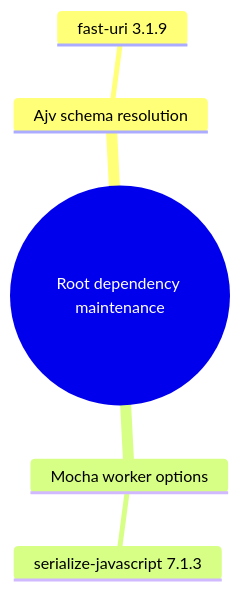
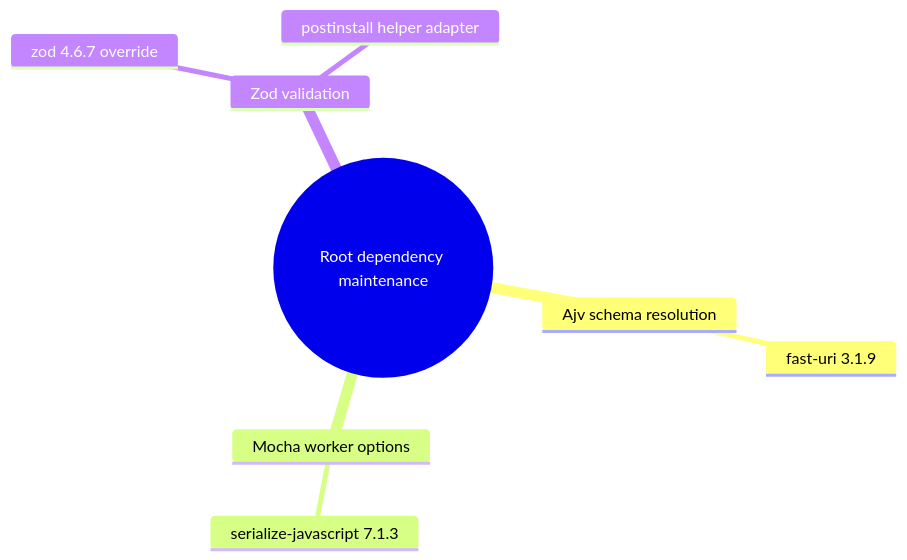
One commit to NeaBouli/inferno changed the seventh of 7 diagrams in docs/architecture/MAP.md. Above: the diagram before and after it, drawn with Mermaid. The commit also changed other lines of this file and 9 other files, not shown here.

Commit message:
fix(deps): restore root audit gate with bounded Zod4 runtime adapter

````diff
--- a/docs/architecture/MAP.md
+++ b/docs/architecture/MAP.md
@@ -1049,8 +1096,11 @@
 ```mermaid
 mindmap
   root((Root dependency maintenance))
     Ajv schema resolution
       fast-uri 3.1.9
     Mocha worker options
       serialize-javascript 7.1.3
+    Zod validation
+      zod 4.6.7 override
+      postinstall helper adapter
 ```
````
